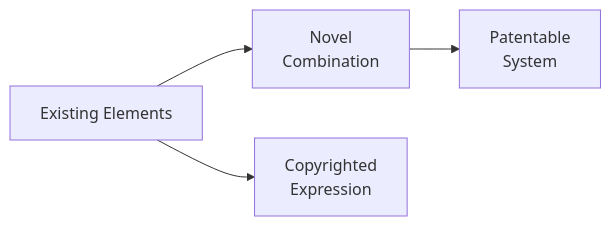
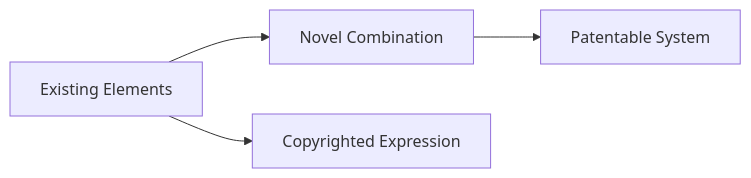
The diagram in README.md (CarlosDebtBurner/RedeemingProtocol), drawn with Mermaid before and after one commit. The commit also changed other lines of this file, not shown here.

````diff
--- a/README.md
+++ b/README.md
@@ -108,6 +108,5 @@
 ```mermaid
 graph LR
-  A[Existing Elements] --> B[Novel<br>Combination]
-  B --> C[Patentable<br>System]
-  A --> D[Copyrighted<br>Expression]
+  A[Existing Elements] --> B[Novel Combination] --> C[Patentable System]
+  A --> D[Copyrighted Expression]
 ```
````
